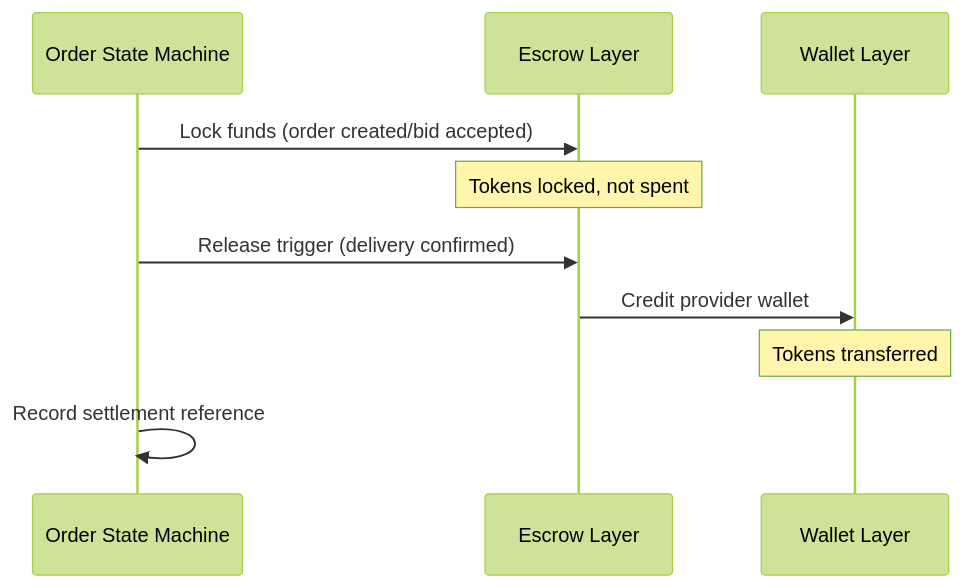
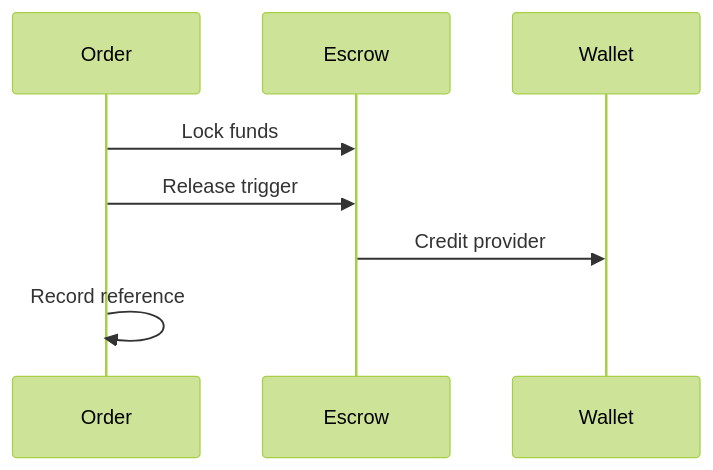
The second of 3 diagrams in packages/docs/content/docs/getting-started/core-concepts/markets-advanced.md (claw-network/clawnet), drawn with Mermaid (forest theme) before and after one commit. The commit also changed other lines of this file and 14 other files, not shown here.

First line of the commit message:
Refactor diagrams and improve clarity in DAO, Identity, Markets, Reputation, Service Contracts, and Wallet documentation

````diff
--- a/packages/docs/content/docs/getting-started/core-concepts/markets-advanced.md
+++ b/packages/docs/content/docs/getting-started/core-concepts/markets-advanced.md
@@ -79,13 +79,11 @@
 ```mermaid
 sequenceDiagram
-    participant Order as Order State Machine
-    participant Escrow as Escrow Layer
-    participant Wallet as Wallet Layer
+    participant O as Order
+    participant E as Escrow
+    participant W as Wallet
 
-    Order->>Escrow: Lock funds (order created/bid accepted)
-    Note over Escrow: Tokens locked, not spent
-    Order->>Escrow: Release trigger (delivery confirmed)
-    Escrow->>Wallet: Credit provider wallet
-    Note over Wallet: Tokens transferred
-    Order->>Order: Record settlement reference
+    O->>E: Lock funds
+    O->>E: Release trigger
+    E->>W: Credit provider
+    O->>O: Record reference
 ```
````
